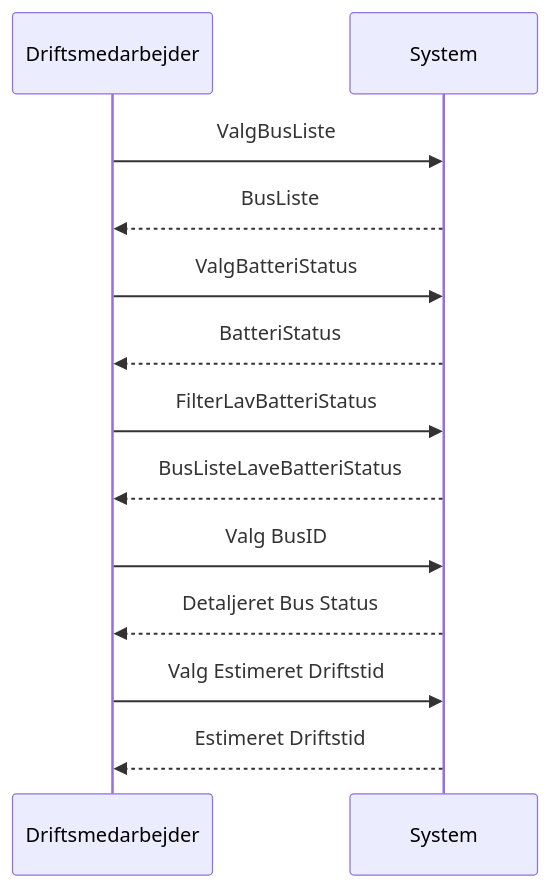
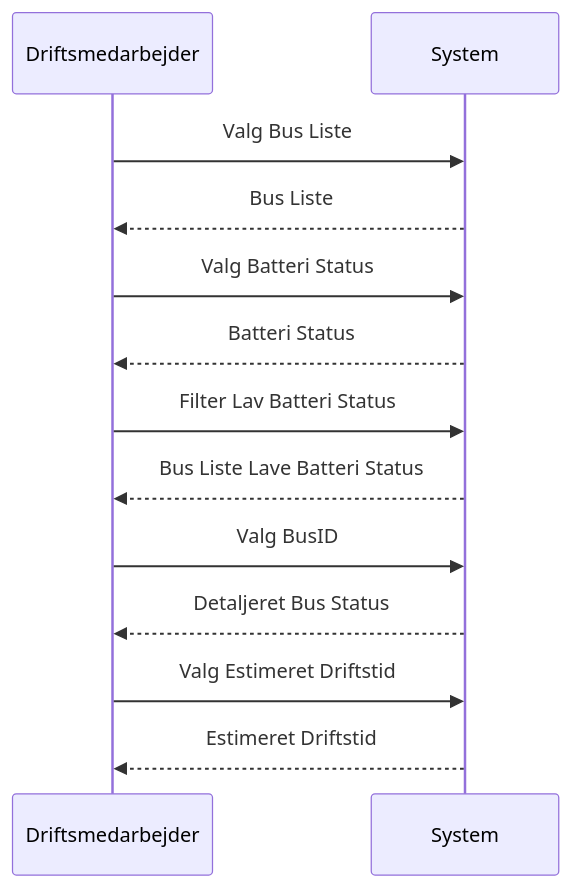
One commit to Team-14-pa-UCL/Getting-Real2 changed the diagram in Dokumentation/Iteration 1/Use Case 2/SSD1.mmd. Above: the diagram before and after it, drawn with Mermaid. The commit also changed 6 other files, not shown here.

Commit message:
tilføjet filer Use Case 5 opdateret formattering SSD'er use case 2

```diff
--- a/Dokumentation/Iteration 1/Use Case 2/SSD1.mmd
+++ b/Dokumentation/Iteration 1/Use Case 2/SSD1.mmd
@@ -1,18 +1,18 @@
 sequenceDiagram
     participant Driftsmedarbejder
     participant System
 
-    Driftsmedarbejder->>System: ValgBusListe
-    System-->>Driftsmedarbejder: BusListe
+    Driftsmedarbejder->>System: Valg Bus Liste
+    System-->>Driftsmedarbejder: Bus Liste
 
-    Driftsmedarbejder->>System: ValgBatteriStatus
-    System-->>Driftsmedarbejder: BatteriStatus
+    Driftsmedarbejder->>System: Valg Batteri Status
+    System-->>Driftsmedarbejder: Batteri Status
     
-    Driftsmedarbejder->>System: FilterLavBatteriStatus
-    System-->>Driftsmedarbejder: BusListeLaveBatteriStatus
+    Driftsmedarbejder->>System: Filter Lav Batteri Status
+    System-->>Driftsmedarbejder: Bus Liste Lave Batteri Status
 
     Driftsmedarbejder->>System: Valg BusID
     System-->>Driftsmedarbejder: Detaljeret Bus Status
 
     Driftsmedarbejder->>System: Valg Estimeret Driftstid
     System-->>Driftsmedarbejder: Estimeret Driftstid
```
